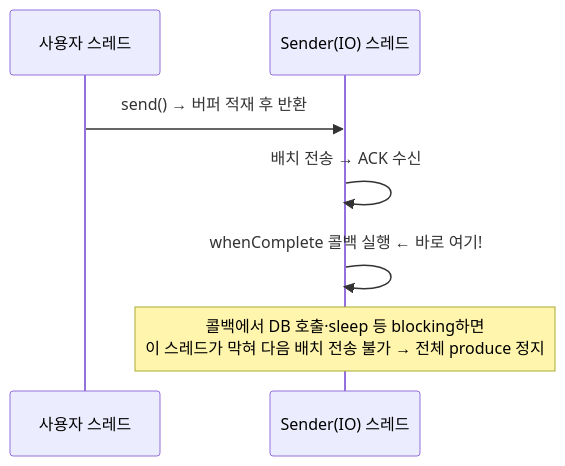
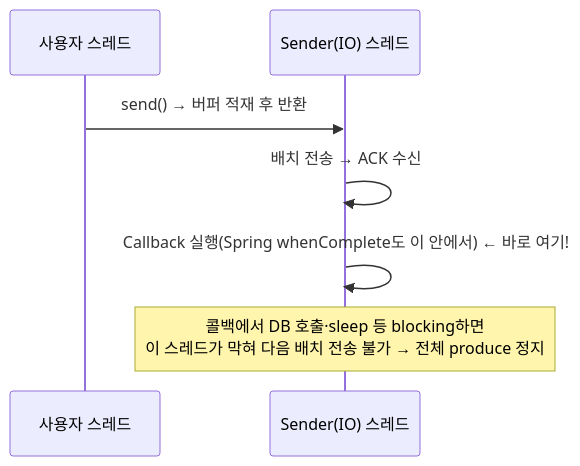
One commit to ghtjr410/kafka-lab changed the second of 4 diagrams in docs/book/1-internals/09-client-runtime.md. Above: the diagram before and after it, drawn with Mermaid. The commit also changed other lines of this file and 1 other file, not shown here.

First line of the commit message:
docs: 09 외부 리뷰 반영 — Callback/whenComplete 귀속·partitioner(KIP-794)·idempotence·backpressure·long-poll

````diff
--- a/docs/book/1-internals/09-client-runtime.md
+++ b/docs/book/1-internals/09-client-runtime.md
@@ -62,9 +63,9 @@
 ```mermaid
 sequenceDiagram
     participant U as 사용자 스레드
     participant S as Sender(IO) 스레드
     U->>S: send() → 버퍼 적재 후 반환
     S->>S: 배치 전송 → ACK 수신
-    S->>S: whenComplete 콜백 실행 ← 바로 여기!
+    S->>S: Callback 실행(Spring whenComplete도 이 안에서) ← 바로 여기!
     Note over S: 콜백에서 DB 호출·sleep 등 blocking하면<br/>이 스레드가 막혀 다음 배치 전송 불가 → 전체 produce 정지
 ```
````
